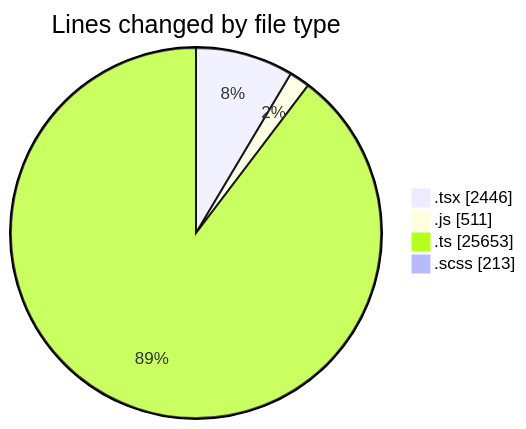
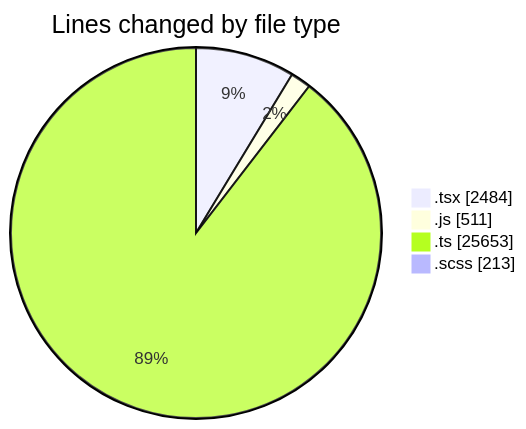
The first of 2 diagrams in 2025-06-30/cda/README.md (momahboobian/code-tracking), drawn with Mermaid before and after one commit. The commit also changed other lines of this file and 1 other file, not shown here.

````diff
--- a/2025-06-30/cda/README.md
+++ b/2025-06-30/cda/README.md
@@ -41,8 +41,8 @@
 ```mermaid
 pie showData
 title Lines changed by file type
-".tsx" : 2446
+".tsx" : 2484
 ".js" : 511
 ".ts" : 25653
 ".scss" : 213
 ```
````
